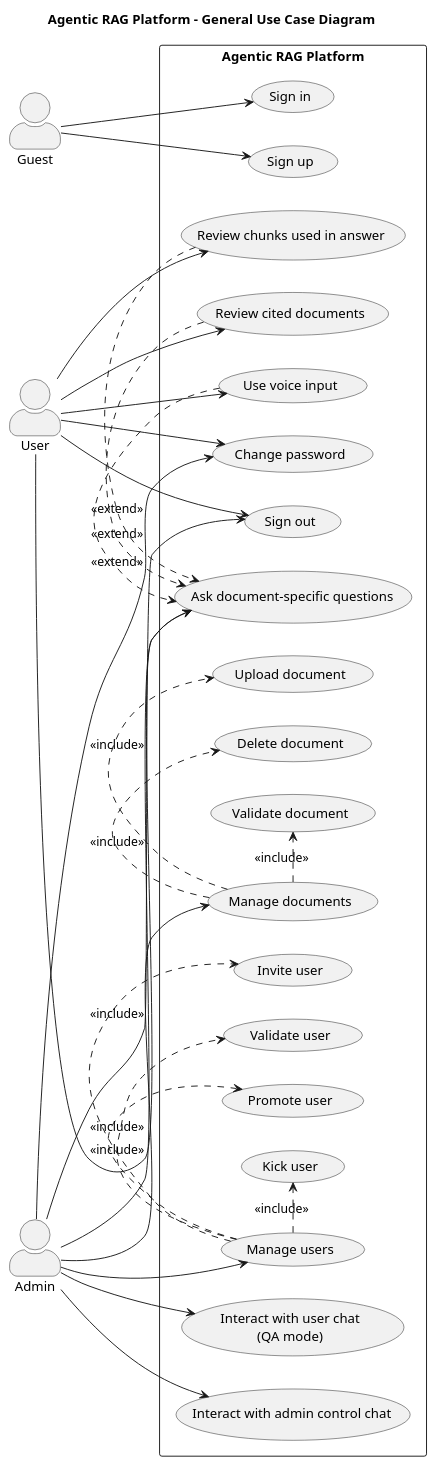
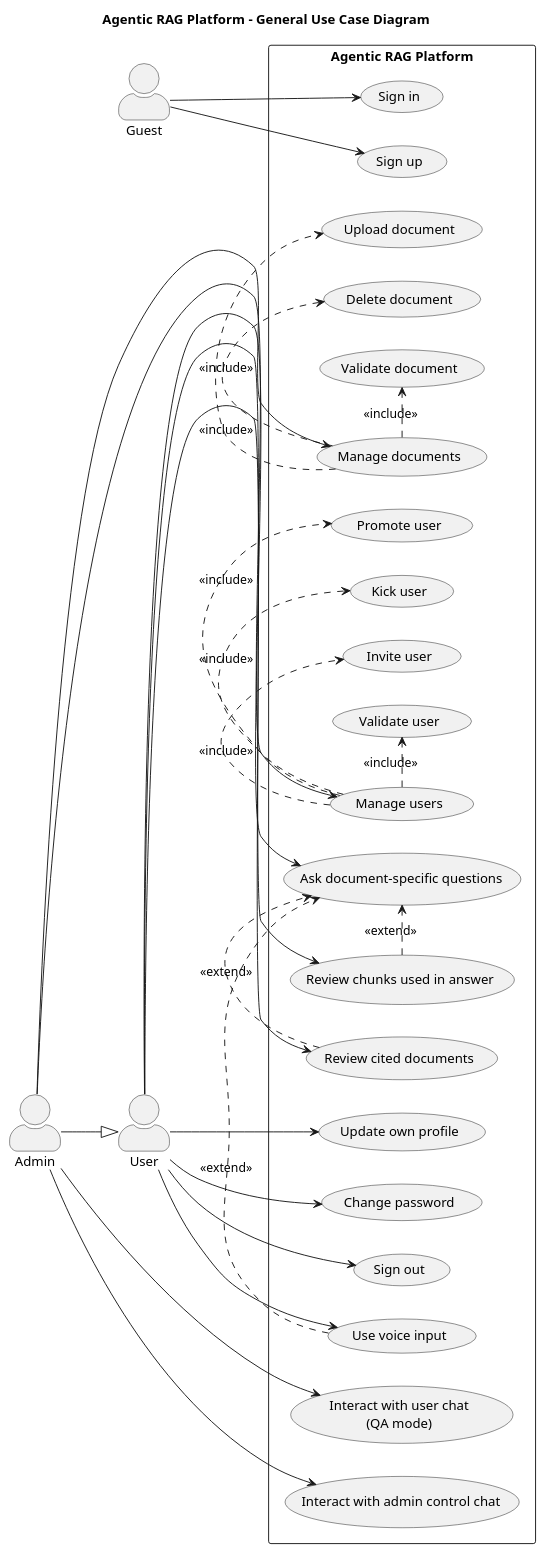
Before and after one commit to nessimhjaiej/Agent: the diagram in docs/diagrams/general-use-case-diagram.puml, drawn with PlantUML.

Commit message:
changing the use cae digram

```diff
--- a/docs/diagrams/general-use-case-diagram.puml
+++ b/docs/diagrams/general-use-case-diagram.puml
@@ -1,70 +1,70 @@
 @startuml
 left to right direction
 skinparam packageStyle rectangle
 skinparam shadowing false
 skinparam actorStyle awesome
 
 title Agentic RAG Platform - General Use Case Diagram
 
 actor Guest
 actor User
 actor Admin
 
 rectangle "Agentic RAG Platform" {
   usecase "Sign up" as UC_SignUp
   usecase "Sign in" as UC_SignIn
+  usecase "Update own profile" as UC_UpdateProfile
   usecase "Change password" as UC_ChangePassword
   usecase "Sign out" as UC_SignOut
 
   usecase "Ask document-specific questions" as UC_Ask
   usecase "Use voice input" as UC_Voice
   usecase "Review chunks used in answer" as UC_Chunks
   usecase "Review cited documents" as UC_CitedDocs
 
   usecase "Manage documents" as UC_ManageDocs
   usecase "Upload document" as UC_Upload
   usecase "Delete document" as UC_DeleteDoc
   usecase "Validate document" as UC_ValidateDoc
 
   usecase "Manage users" as UC_ManageUsers
   usecase "Invite user" as UC_InviteUser
   usecase "Validate user" as UC_ValidateUser
   usecase "Promote user" as UC_PromoteUser
   usecase "Kick user" as UC_KickUser
 
   usecase "Interact with user chat\n(QA mode)" as UC_UserChat
   usecase "Interact with admin control chat" as UC_AdminChat
 }
 
 Guest --> UC_SignUp
 Guest --> UC_SignIn
 
 User --> UC_Ask
 User --> UC_Voice
 User --> UC_Chunks
 User --> UC_CitedDocs
+User --> UC_UpdateProfile
 User --> UC_ChangePassword
 User --> UC_SignOut
 
+Admin --|> User
 Admin --> UC_ManageDocs
 Admin --> UC_ManageUsers
 Admin --> UC_UserChat
 Admin --> UC_AdminChat
-Admin --> UC_Ask
-Admin --> UC_ChangePassword
-Admin --> UC_SignOut
 
 UC_Voice .> UC_Ask : <<extend>>
 UC_Chunks .> UC_Ask : <<extend>>
 UC_CitedDocs .> UC_Ask : <<extend>>
 
 UC_ManageDocs .> UC_Upload : <<include>>
 UC_ManageDocs .> UC_DeleteDoc : <<include>>
 UC_ManageDocs .> UC_ValidateDoc : <<include>>
 
 UC_ManageUsers .> UC_InviteUser : <<include>>
 UC_ManageUsers .> UC_ValidateUser : <<include>>
 UC_ManageUsers .> UC_PromoteUser : <<include>>
 UC_ManageUsers .> UC_KickUser : <<include>>
 
 @enduml
```
